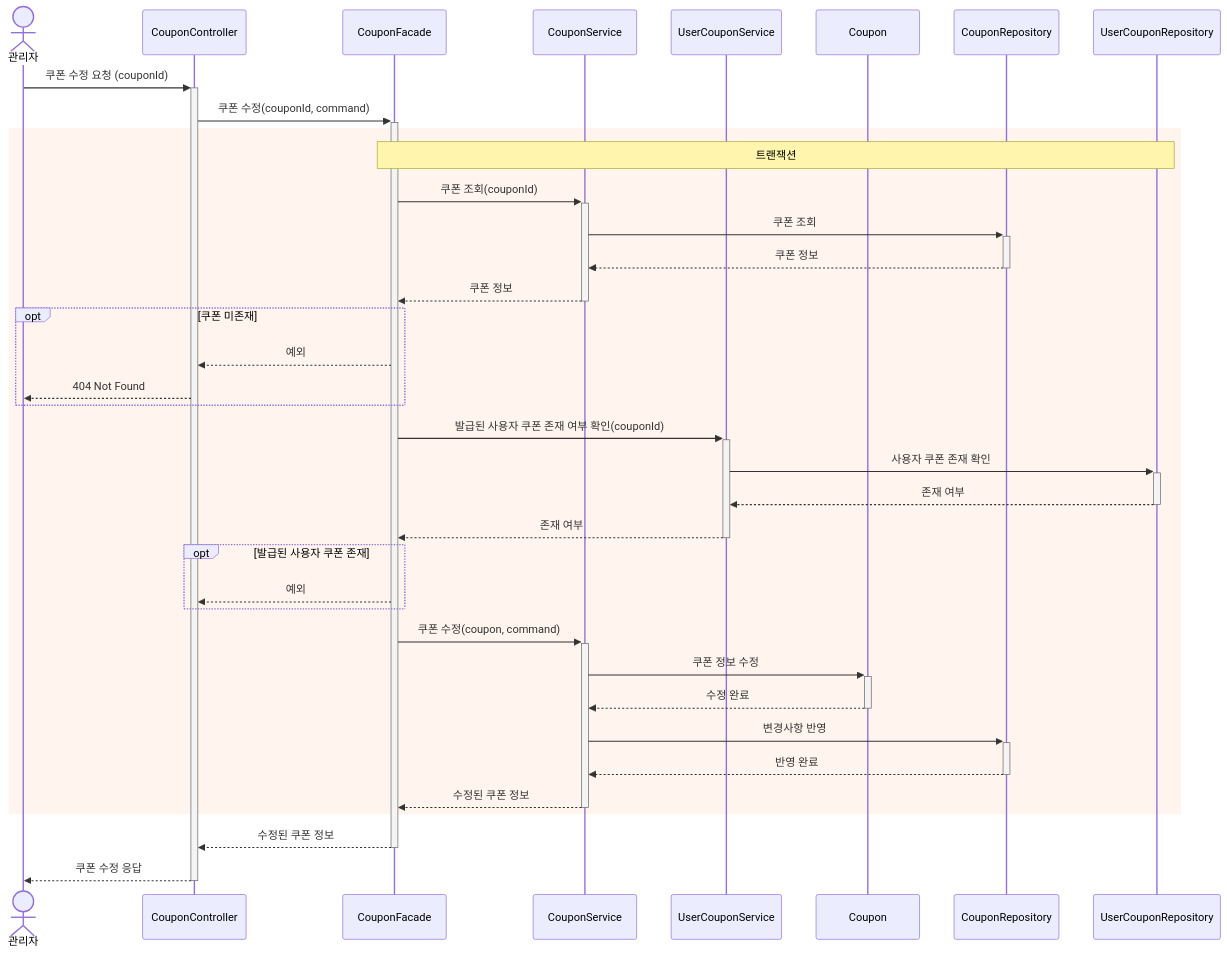
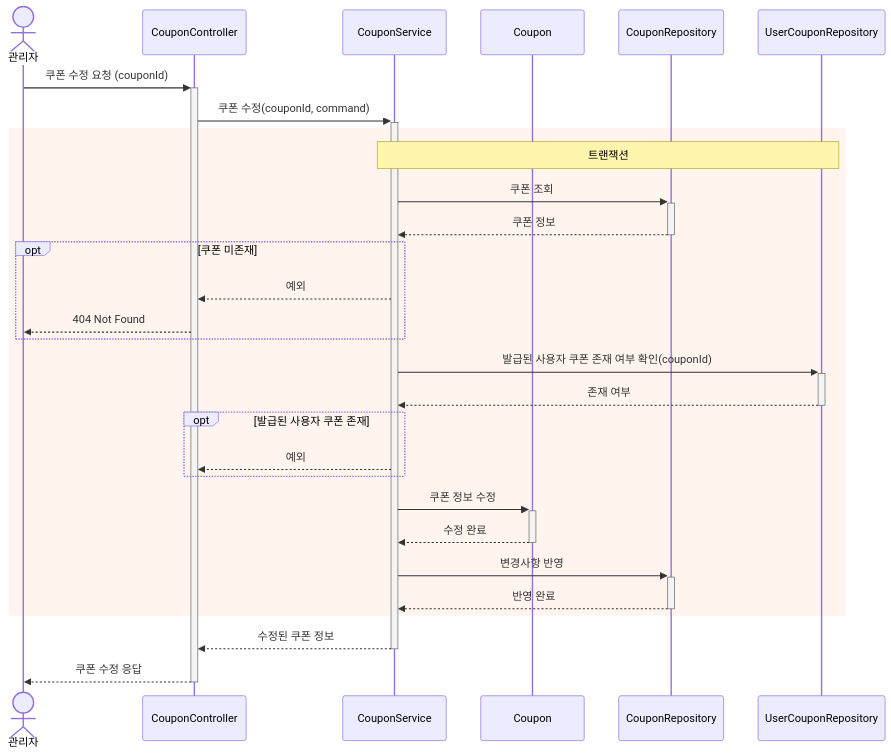
Diagram 29 of 31 in docs/design/02-sequence-diagrams.md (kimjunyoung90/loop-pack-be-l2-vol3-java), drawn with Mermaid before and after one commit. The commit also changed other lines of this file and 3 other files, not shown here.

````diff
--- a/docs/design/02-sequence-diagrams.md
+++ b/docs/design/02-sequence-diagrams.md
@@ -984,47 +1035,39 @@
 ```mermaid
 sequenceDiagram
     actor Admin as 관리자
     participant CC as CouponController
-    participant CF as CouponFacade
     participant CS as CouponService
-    participant UCS as UserCouponService
     participant C as Coupon
     participant CR as CouponRepository
     participant UCR as UserCouponRepository
 
     Admin->>+CC: 쿠폰 수정 요청 (couponId)
-    CC->>+CF: 쿠폰 수정(couponId, command)
+    CC->>+CS: 쿠폰 수정(couponId, command)
 
     rect rgb(255, 245, 238)
-        Note over CF, UCR: 트랜잭션
+        Note over CS, UCR: 트랜잭션
 
-        CF->>+CS: 쿠폰 조회(couponId)
         CS->>+CR: 쿠폰 조회
         CR-->>-CS: 쿠폰 정보
-        CS-->>-CF: 쿠폰 정보
 
         opt 쿠폰 미존재
-            CF-->>CC: 예외
+            CS-->>CC: 예외
             CC-->>Admin: 404 Not Found
         end
 
-        CF->>+UCS: 발급된 사용자 쿠폰 존재 여부 확인(couponId)
-        UCS->>+UCR: 사용자 쿠폰 존재 확인
-        UCR-->>-UCS: 존재 여부
-        UCS-->>-CF: 존재 여부
+        CS->>+UCR: 발급된 사용자 쿠폰 존재 여부 확인(couponId)
+        UCR-->>-CS: 존재 여부
 
         opt 발급된 사용자 쿠폰 존재
-            CF-->>CC: 예외
+            CS-->>CC: 예외
         end
 
-        CF->>+CS: 쿠폰 수정(coupon, command)
         CS->>+C: 쿠폰 정보 수정
         C-->>-CS: 수정 완료
         CS->>+CR: 변경사항 반영
         CR-->>-CS: 반영 완료
-        CS-->>-CF: 수정된 쿠폰 정보
     end
 
-    CF-->>-CC: 수정된 쿠폰 정보
+    CS-->>-CC: 수정된 쿠폰 정보
     CC-->>-Admin: 쿠폰 수정 응답
 ```
````
